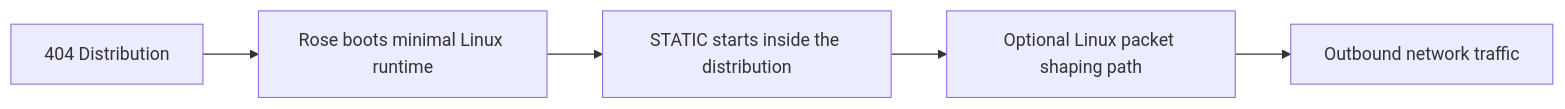
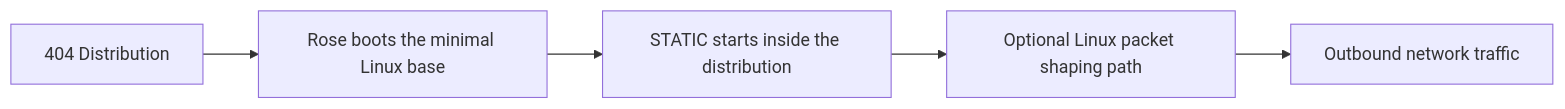
The first of 2 diagrams in docs/Overview/rose.md (un-nf/404-docs), drawn with Mermaid before and after one commit. The commit also changed other lines of this file and 18 other files, not shown here.

````diff
--- a/docs/Overview/rose.md
+++ b/docs/Overview/rose.md
@@ -59,7 +52,7 @@
 ```mermaid
 flowchart LR
-    D[404 Distribution] --> R[Rose boots minimal Linux runtime]
+    D[404 Distribution] --> R[Rose boots the minimal Linux base]
     R --> S[STATIC starts inside the distribution]
     S --> M[Optional Linux packet shaping path]
     M --> N[Outbound network traffic]
 ```
````
